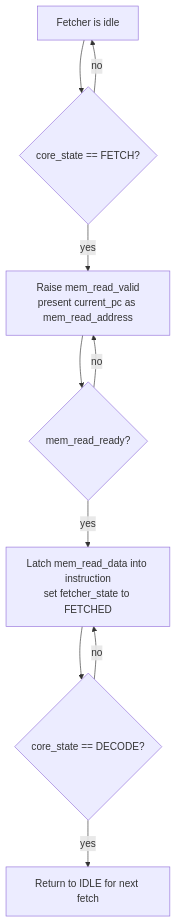
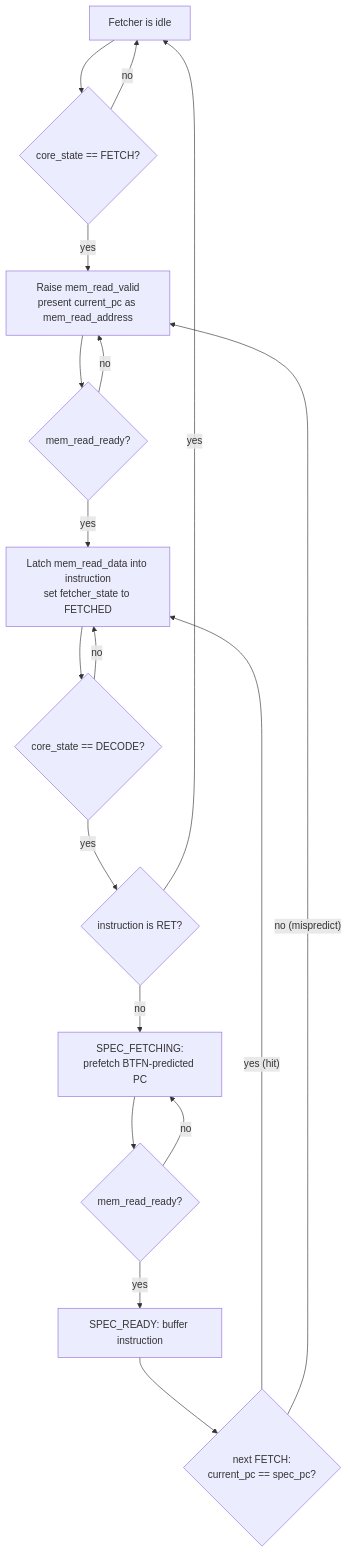
The diagram in docs/modules/fetcher.md (piyushptiwari1/OpenSource-GPU-Architecture), drawn with Mermaid before and after one commit. The commit also changed other lines of this file and 7 other files, not shown here.

First line of the commit message:
docs+ci: roadmap status, architecture docs, full e2e CI matrix

````diff
--- a/docs/modules/fetcher.md
+++ b/docs/modules/fetcher.md
@@ -35,12 +35,20 @@
 ```mermaid
 flowchart TD
     A["Fetcher is idle"] --> B{"core_state == FETCH?"}
     B -- no --> A
     B -- yes --> C["Raise mem_read_valid<br/>present current_pc as mem_read_address"]
     C --> D{"mem_read_ready?"}
     D -- no --> C
     D -- yes --> E["Latch mem_read_data into instruction<br/>set fetcher_state to FETCHED"]
     E --> F{"core_state == DECODE?"}
     F -- no --> E
-    F -- yes --> G["Return to IDLE for next fetch"]
+    F -- yes --> G{"instruction is RET?"}
+    G -- yes --> A
+    G -- no --> H["SPEC_FETCHING:<br/>prefetch BTFN-predicted PC"]
+    H --> I{"mem_read_ready?"}
+    I -- no --> H
+    I -- yes --> J["SPEC_READY: buffer instruction"]
+    J --> K{"next FETCH:<br/>current_pc == spec_pc?"}
+    K -- "yes (hit)" --> E
+    K -- "no (mispredict)" --> C
 ```
````
